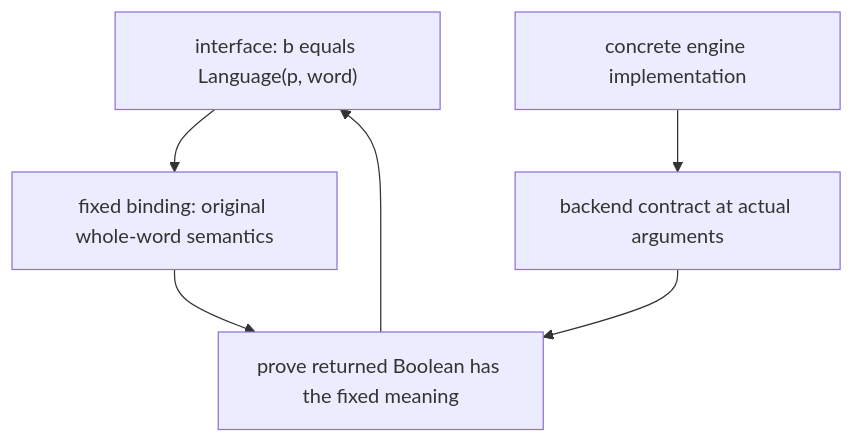
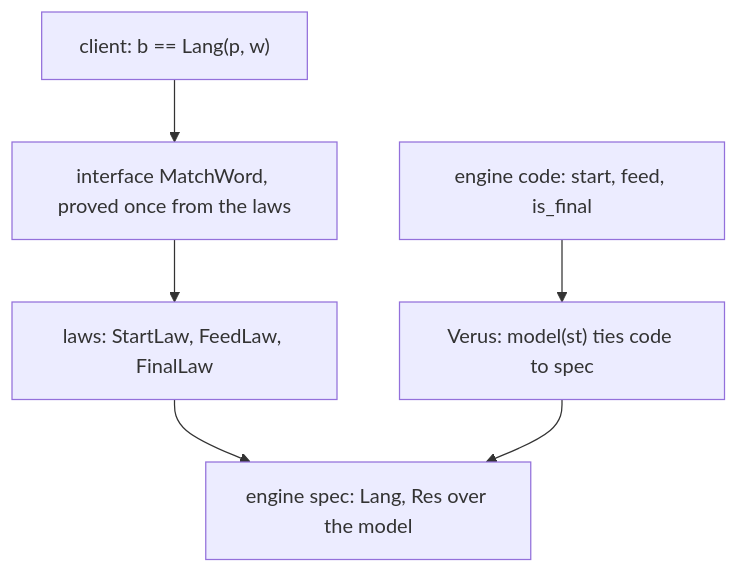
The second of 3 diagrams in docs/R08_Abstraction.md (leobwang/dafny-verus-learn-0), drawn with Mermaid before and after one commit. The commit also changed other lines of this file and 67 other files, not shown here.

````diff
--- a/docs/R08_Abstraction.md
+++ b/docs/R08_Abstraction.md
@@ -85,8 +276,8 @@
 ```mermaid
 flowchart TB
-    interface["interface: b equals Language(p, word)"] --> binding["fixed binding: original whole-word semantics"]
-    implementation["concrete engine implementation"] --> backend["backend contract at actual arguments"]
-    binding --> obligation["prove returned Boolean has the fixed meaning"]
-    backend --> obligation
-    obligation --> interface
+    client["client: b == Lang(p, w)"] --> iface["interface MatchWord, proved once from the laws"]
+    iface --> laws["laws: StartLaw, FeedLaw, FinalLaw"]
+    laws --> spec["engine spec: Lang, Res over the model"]
+    exec["engine code: start, feed, is_final"] --> model["Verus: model(st) ties code to spec"]
+    model --> spec
 ```
````
